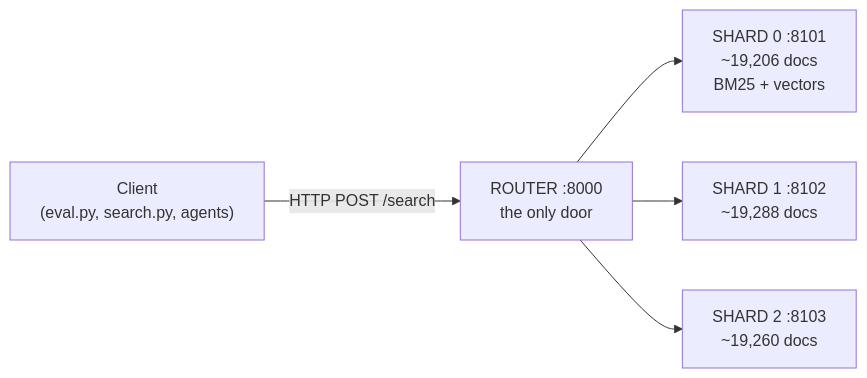
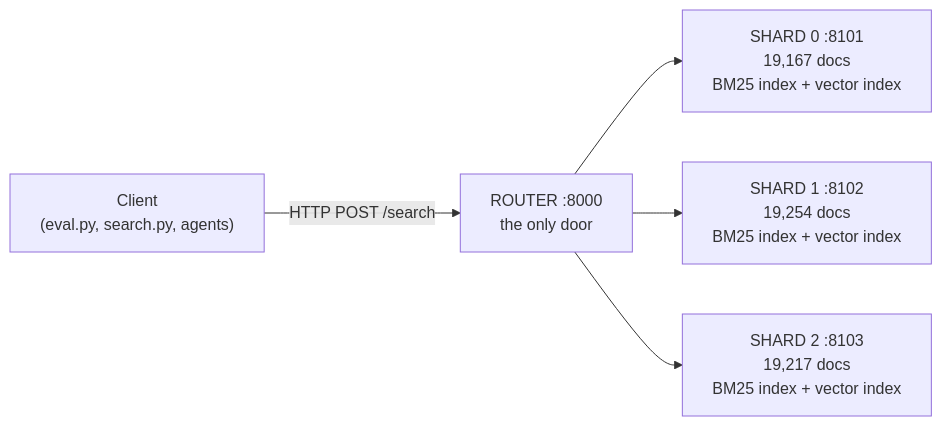
One commit to node31/fiqa-agentic-retrieval changed the first of 7 diagrams in docs/from_zero/07_part_b_distributed.md. Above: the diagram before and after it, drawn with Mermaid. The commit also changed other lines of this file and 4 other files, not shown here.

Commit message:
Fix per-shard doc counts and shard diagram: every shard holds BM25 + vectors

````diff
--- a/docs/from_zero/07_part_b_distributed.md
+++ b/docs/from_zero/07_part_b_distributed.md
@@ -18,7 +18,7 @@
 ```mermaid
 flowchart LR
     C["Client<br/>(eval.py, search.py, agents)"] -->|"HTTP POST /search"| R["ROUTER :8000<br/>the only door"]
-    R --> S0["SHARD 0 :8101<br/>~19,206 docs<br/>BM25 + vectors"]
-    R --> S1["SHARD 1 :8102<br/>~19,288 docs"]
-    R --> S2["SHARD 2 :8103<br/>~19,260 docs"]
+    R --> S0["SHARD 0 :8101<br/>19,167 docs<br/>BM25 index + vector index"]
+    R --> S1["SHARD 1 :8102<br/>19,254 docs<br/>BM25 index + vector index"]
+    R --> S2["SHARD 2 :8103<br/>19,217 docs<br/>BM25 index + vector index"]
 ```
````
